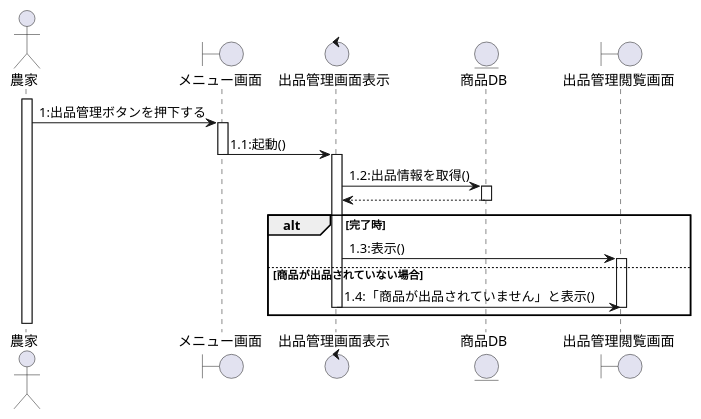
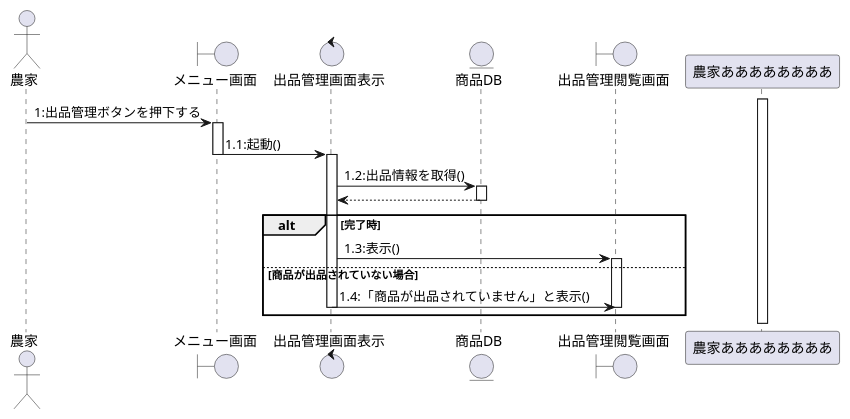
The diagram in シーケンス_農家/出品管理閲覧.wsd (T-kouki/local-vege-link), drawn with PlantUML before and after one commit.

Commit message:
10/29 閲覧　三川

```diff
--- a/シーケンス_農家/出品管理閲覧.wsd
+++ b/シーケンス_農家/出品管理閲覧.wsd
@@ -2,31 +2,31 @@
 @startuml
 actor 農家
 boundary メニュー画面
 control 出品管理画面表示
 entity 商品DB
 boundary 出品管理閲覧画面
 
-activate 農家
+activate 農家ああああああああ
 農家 -> メニュー画面:1:出品管理ボタンを押下する
 activate メニュー画面
 メニュー画面 -> 出品管理画面表示:1.1:起動()
 deactivate メニュー画面
 activate 出品管理画面表示
 
 出品管理画面表示 -> 商品DB:1.2:出品情報を取得()
 activate 商品DB
 商品DB --> 出品管理画面表示
 deactivate 商品DB
 
 alt 完了時
 出品管理画面表示 -> 出品管理閲覧画面:1.3:表示()
 activate 出品管理閲覧画面
 
 else 商品が出品されていない場合
 出品管理画面表示 -> 出品管理閲覧画面:1.4:「商品が出品されていません」と表示()
 deactivate 出品管理画面表示
 deactivate 出品管理閲覧画面
 end
 
 
 @enduml
```
